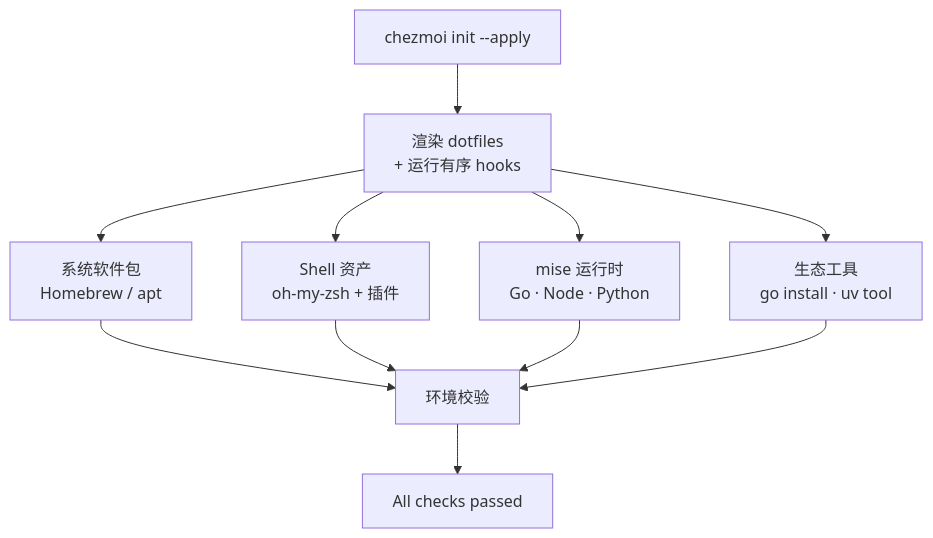
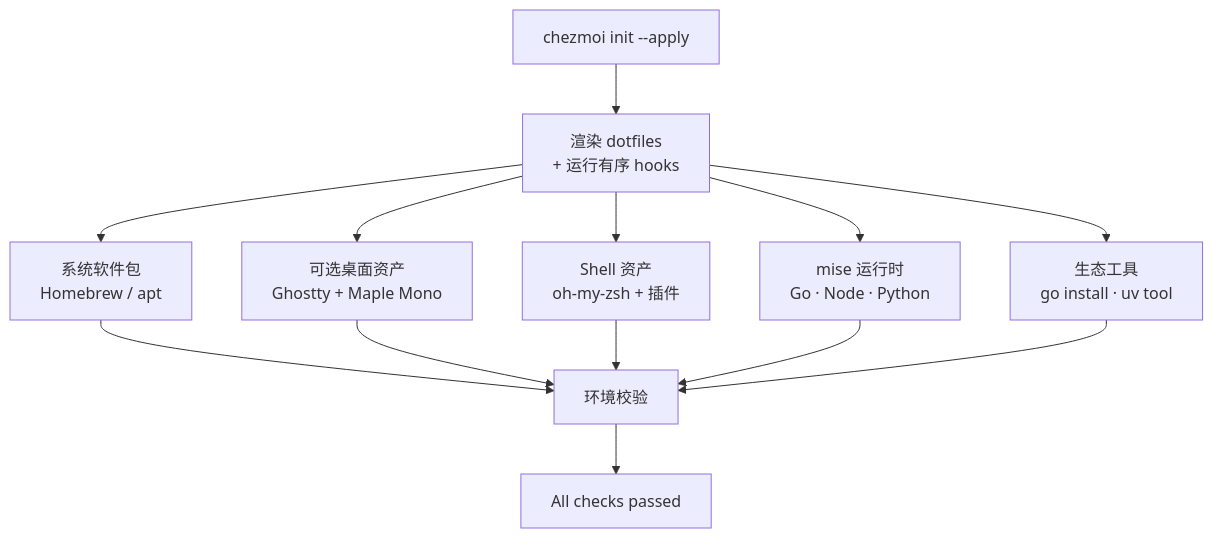
Before and after one commit to kangmingxuan/oh-my-devenv: the diagram in README.zh.md, drawn with Mermaid. The commit also changed other lines of this file and 26 other files, not shown here.

````diff
--- a/README.zh.md
+++ b/README.zh.md
@@ -29,13 +30,15 @@
 ```mermaid
 flowchart TD
     A["chezmoi init --apply"] --> B["渲染 dotfiles<br/>+ 运行有序 hooks"]
     B --> C["系统软件包<br/>Homebrew / apt"]
-    B --> D["Shell 资产<br/>oh-my-zsh + 插件"]
-    B --> E["mise 运行时<br/>Go · Node · Python"]
-    B --> F["生态工具<br/>go install · uv tool"]
-    C --> G["环境校验"]
-    D --> G
-    E --> G
-    F --> G
-    G --> H["All checks passed"]
+    B --> D["可选桌面资产<br/>Ghostty + Maple Mono"]
+    B --> E["Shell 资产<br/>oh-my-zsh + 插件"]
+    B --> F["mise 运行时<br/>Go · Node · Python"]
+    B --> G["生态工具<br/>go install · uv tool"]
+    C --> H["环境校验"]
+    D --> H
+    E --> H
+    F --> H
+    G --> H
+    H --> I["All checks passed"]
 ```
````
